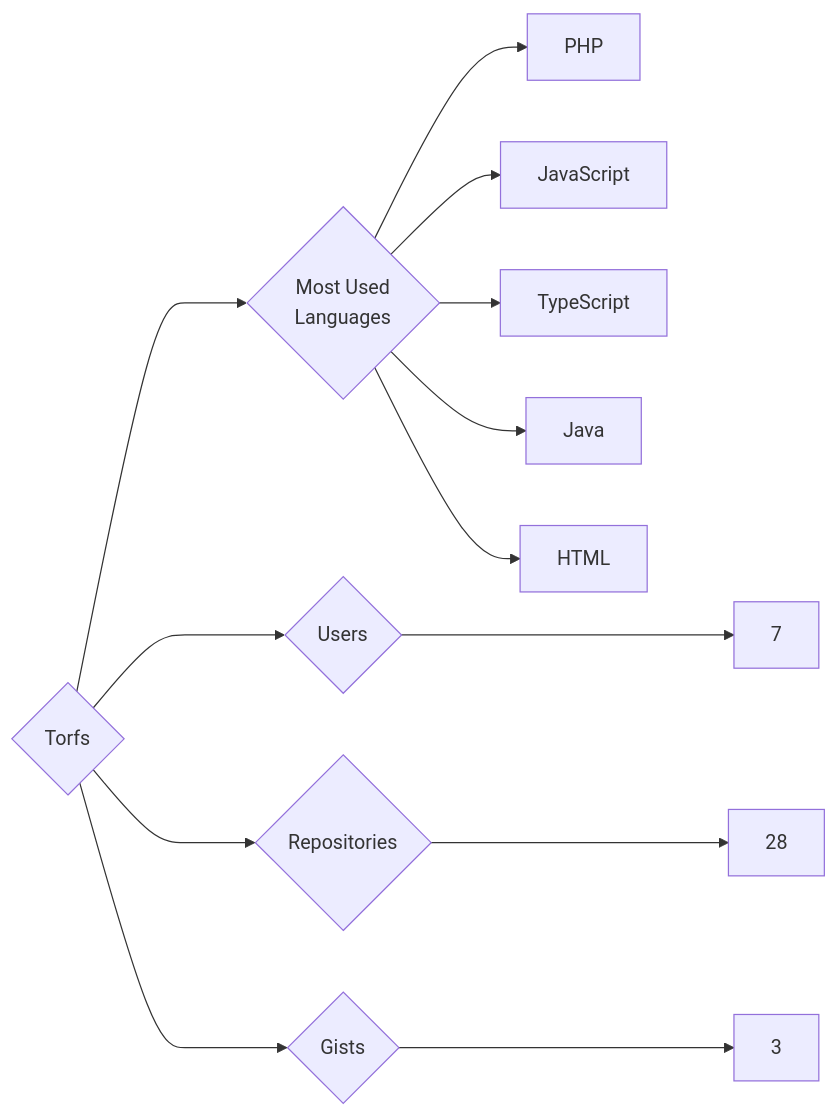
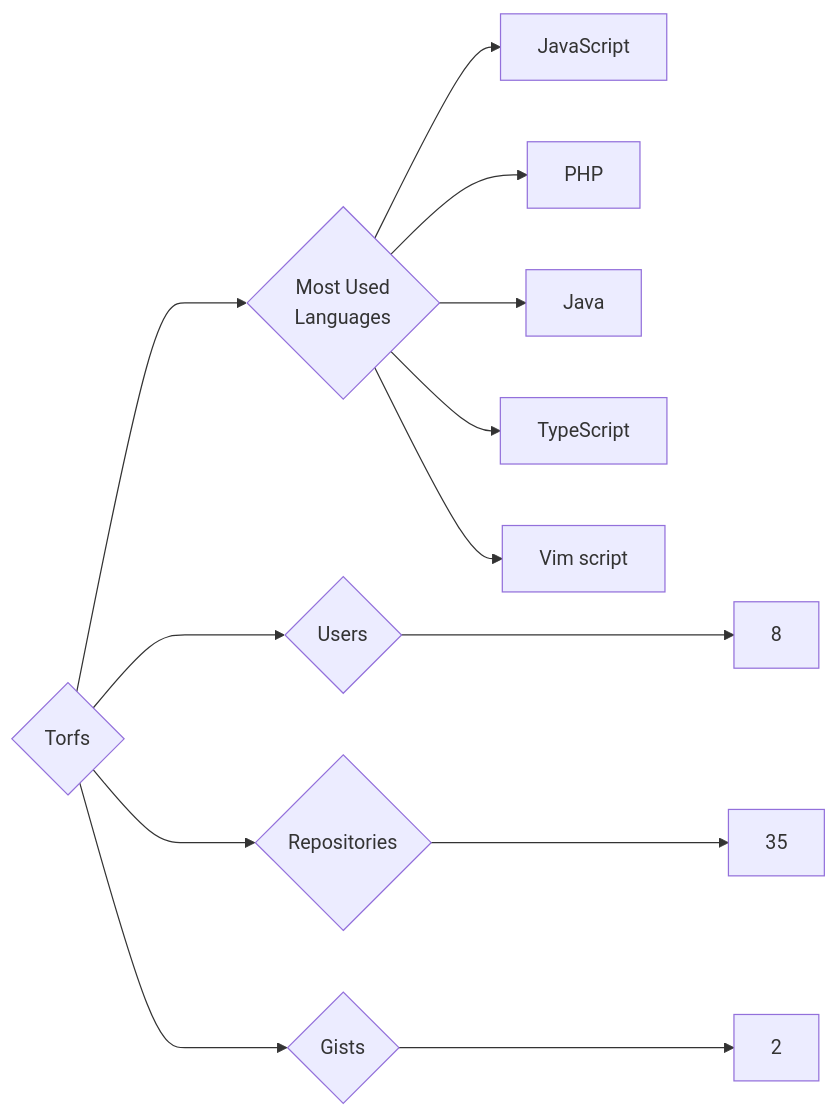
Before and after one commit to trickest/insiders: the diagram in targets/Torfs/README.md, drawn with Mermaid. The commit also changed 886 other files, not shown here.

````diff
--- a/targets/Torfs/README.md
+++ b/targets/Torfs/README.md
@@ -3,13 +3,13 @@
 ```mermaid
 graph LR
 COMPANY_NAME{Torfs}
-COMPANY_NAME ---> U{Users} ---> UN[7]
-COMPANY_NAME ---> R{Repositories} ---> RN[28]
-COMPANY_NAME ---> G{Gists} ---> GN[3]
+COMPANY_NAME ---> U{Users} ---> UN[8]
+COMPANY_NAME ---> R{Repositories} ---> RN[35]
+COMPANY_NAME ---> G{Gists} ---> GN[2]
 COMPANY_NAME ---> ML{Most Used<br>Languages}
+ML --> JavaScript[JavaScript]
 ML --> PHP[PHP]
-ML --> JavaScript[JavaScript]
+ML --> Java[Java]
 ML --> TypeScript[TypeScript]
-ML --> Java[Java]
-ML --> HTML[HTML]
+ML --> Vim_script[Vim script]
 ```
````
